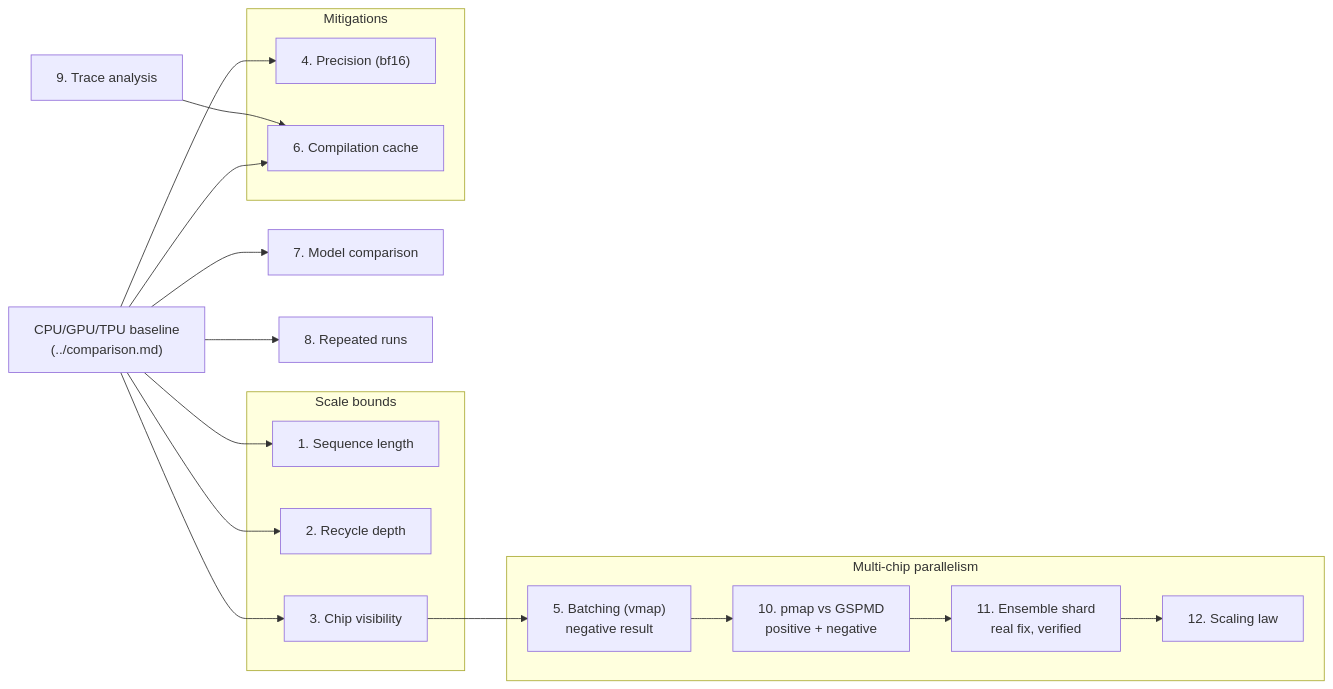
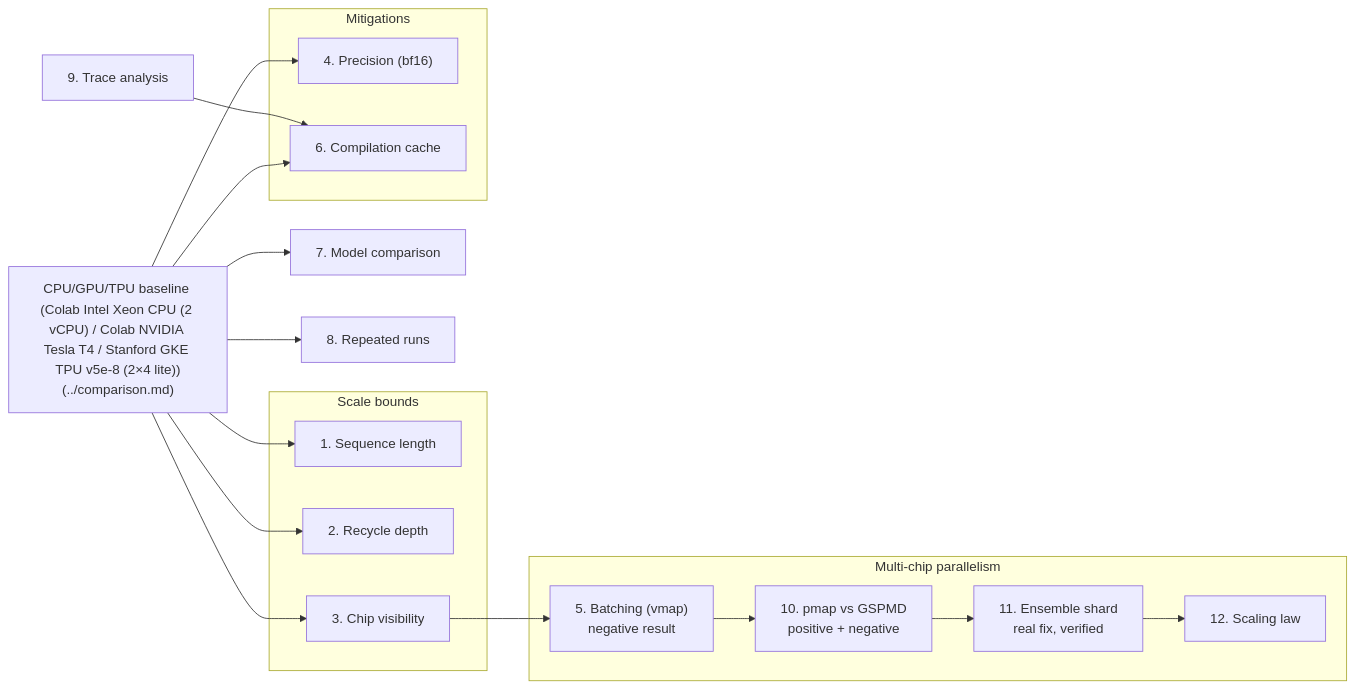
One commit to lorenzopazienza/alphafold-tpu-benchmark changed the diagram in results/sweep/README.md. Above: the diagram before and after it, drawn with Mermaid. The commit also changed other lines of this file and 15 other files, not shown here.

First line of the commit message:
docs: name Xeon, Tesla T4, and v5e-8 in all markdown

````diff
--- a/results/sweep/README.md
+++ b/results/sweep/README.md
@@ -6,30 +6,30 @@
 ```mermaid
 flowchart LR
-    CMP["CPU/GPU/TPU baseline\n(../comparison.md)"]
+    CMP["CPU/GPU/TPU baseline (Colab Intel Xeon CPU (2 vCPU) / Colab NVIDIA Tesla T4 / Stanford GKE TPU v5e-8 (2×4 lite))\n(../comparison.md)"]
 
     subgraph SB["Scale bounds"]
         SL["1. Sequence length"]
         RD["2. Recycle depth"]
         CV["3. Chip visibility"]
     end
 
     subgraph MIT["Mitigations"]
         PR["4. Precision (bf16)"]
         CC["6. Compilation cache"]
     end
 
     subgraph MC["Multi-chip parallelism"]
         BA["5. Batching (vmap)\nnegative result"]
         SH["10. pmap vs GSPMD\npositive + negative"]
         ES["11. Ensemble shard\nreal fix, verified"]
         SCL["12. Scaling law"]
     end
 
     MOD["7. Model comparison"]
     REP["8. Repeated runs"]
     TR["9. Trace analysis"]
 
     CMP --> SL & RD & CV & PR & CC & MOD & REP
     TR --> CC
     CV --> BA --> SH --> ES --> SCL
 ```
````
